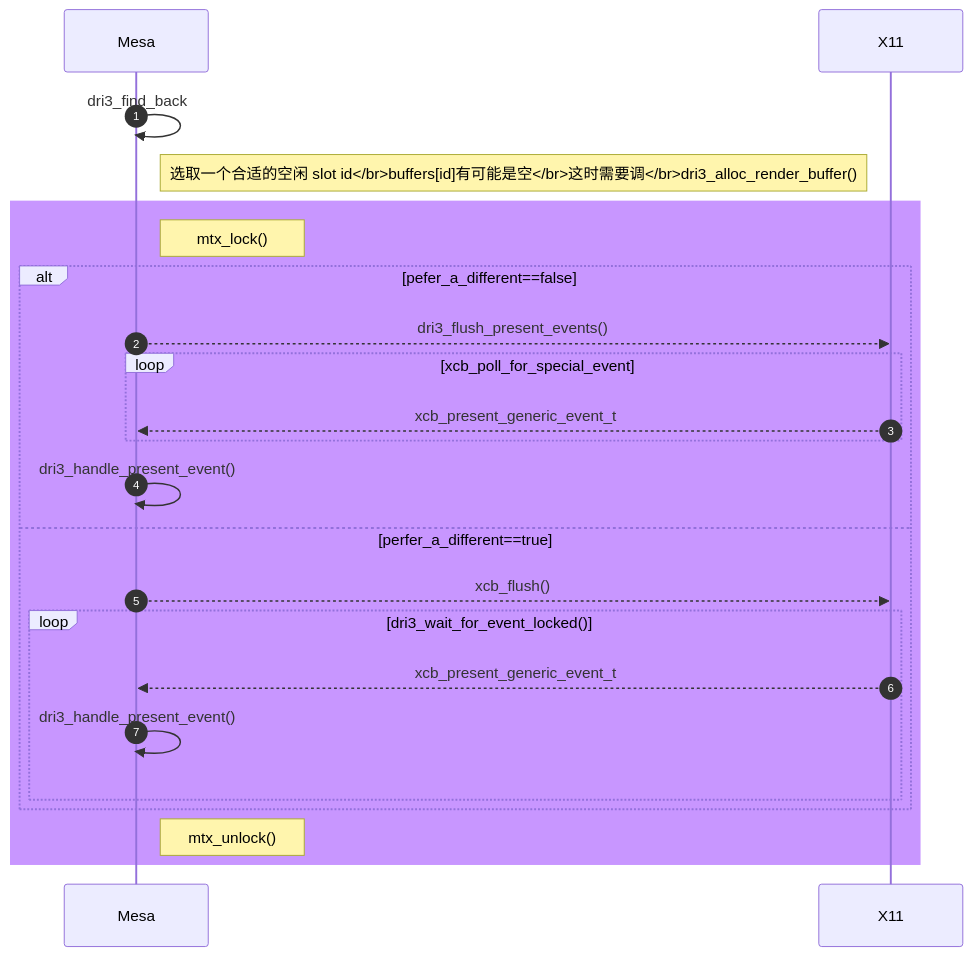
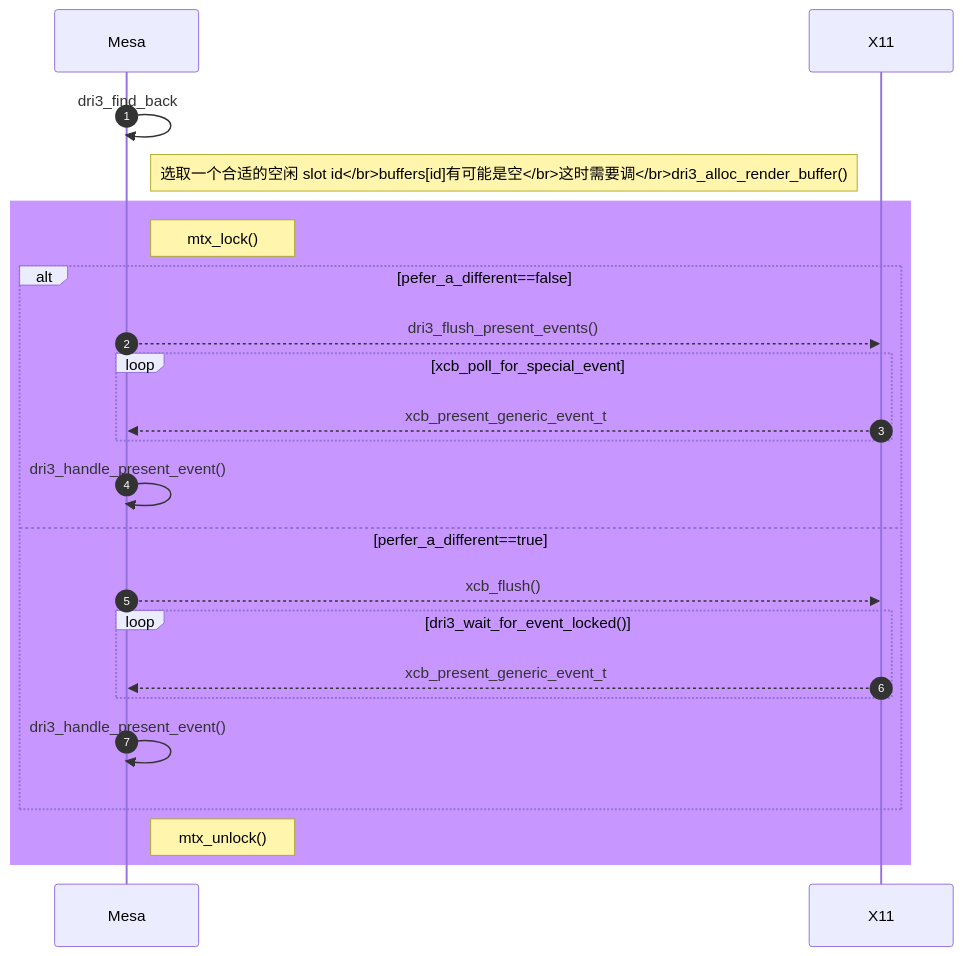
The fourth of 5 diagrams in source/_posts/gfx/dri3.md (lucmann/lucmann.github.io), drawn with Mermaid before and after one commit.

Commit message:
gfx: dri3_find_back

````diff
--- a/source/_posts/gfx/dri3.md
+++ b/source/_posts/gfx/dri3.md
@@ -242,26 +242,26 @@
 ```mermaid
 sequenceDiagram
     autonumber
     participant Mesa
     participant X11
 
     Mesa->>Mesa: dri3_find_back
     note right of Mesa: 选取一个合适的空闲 slot id</br>buffers[id]有可能是空</br>这时需要调</br>dri3_alloc_render_buffer()
     rect rgb(200, 150, 255)
     note right of Mesa: mtx_lock()
     alt pefer_a_different==false
         Mesa-->>X11: dri3_flush_present_events()
         loop xcb_poll_for_special_event
             X11-->>Mesa: xcb_present_generic_event_t
         end
         Mesa->>Mesa: dri3_handle_present_event()
     else perfer_a_different==true
         Mesa-->>X11: xcb_flush()
         loop dri3_wait_for_event_locked()
             X11-->>Mesa: xcb_present_generic_event_t
-            Mesa->>Mesa: dri3_handle_present_event()
         end
+        Mesa->>Mesa: dri3_handle_present_event()
     end
     note right of Mesa: mtx_unlock()
     end
 ```
````
